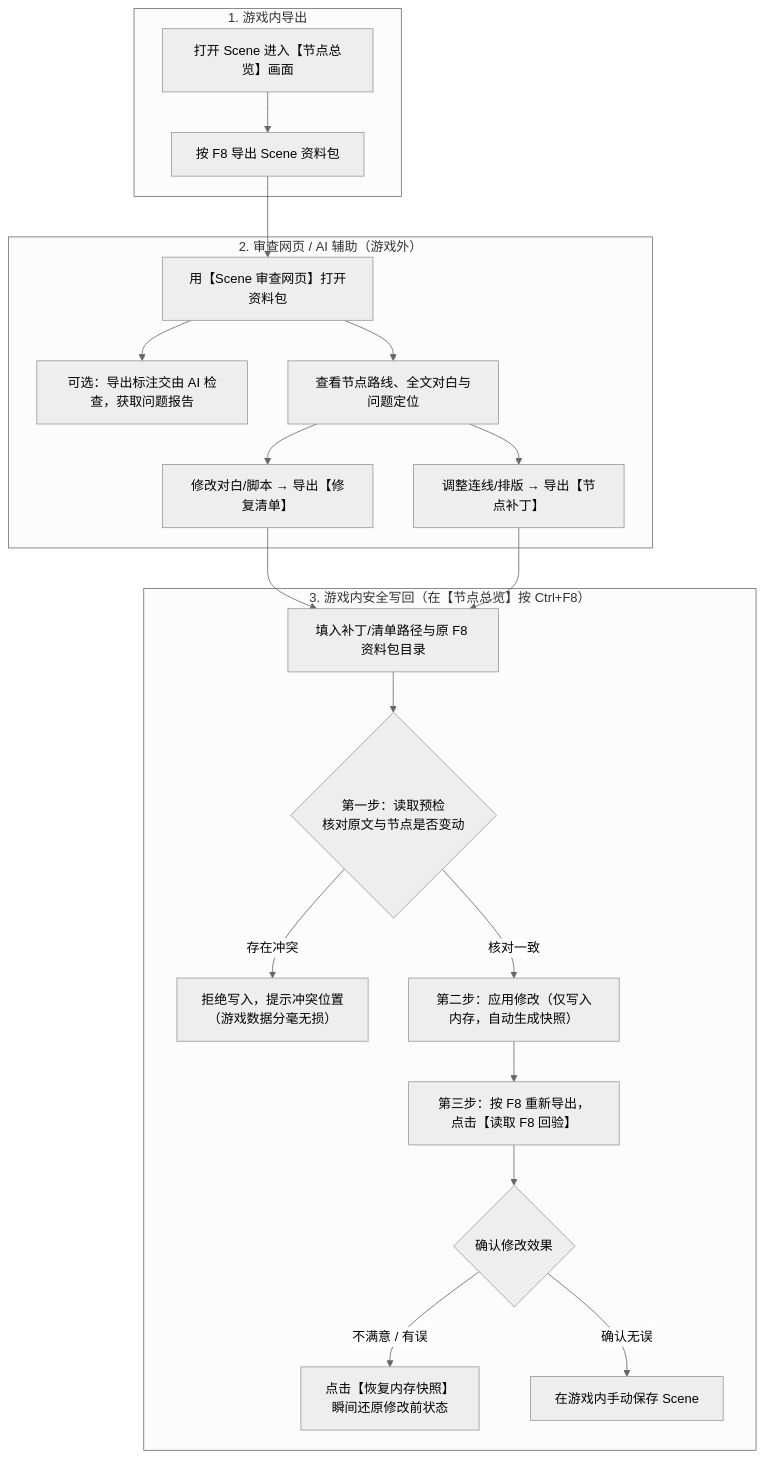
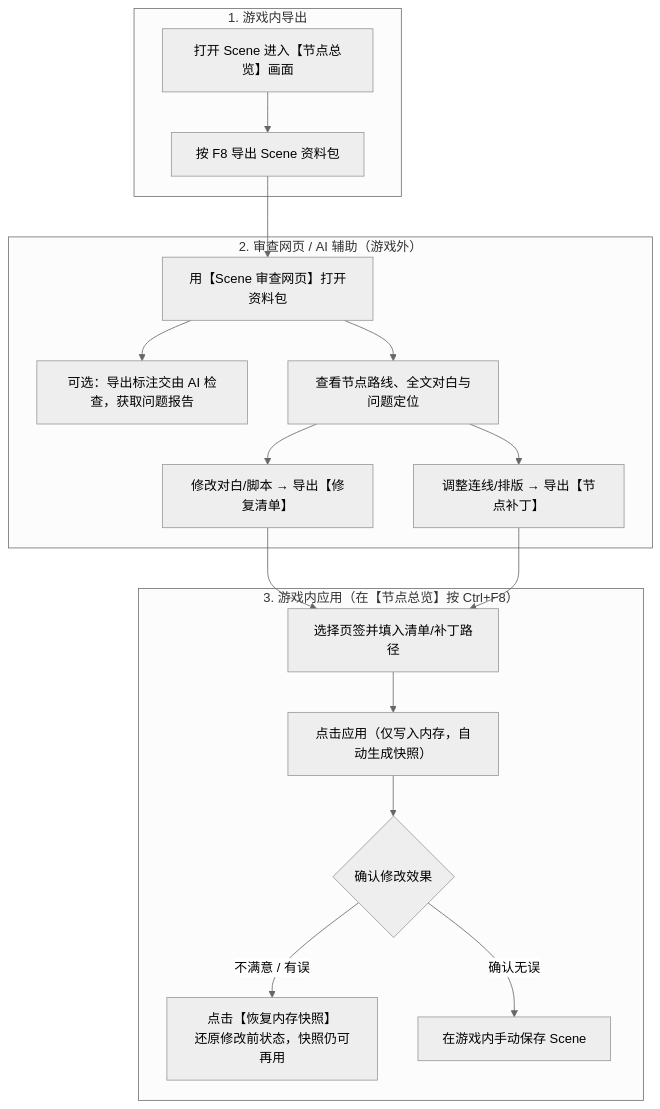
One commit to invatespec/EmotionCreators-plugins changed the diagram in EC_SceneAudit/Readme-gemini-4-argon.md. Above: the diagram before and after it, drawn with Mermaid (neutral theme). The commit also changed other lines of this file and 45 other files, not shown here.

````diff
--- a/EC_SceneAudit/Readme-gemini-4-argon.md
+++ b/EC_SceneAudit/Readme-gemini-4-argon.md
@@ -13,25 +13,22 @@
 ```mermaid
 flowchart TD
     subgraph Game1 ["1. 游戏内导出"]
         A["打开 Scene 进入【节点总览】画面"] --> B["按 F8 导出 Scene 资料包"]
     end
 
     subgraph Web ["2. 审查网页 / AI 辅助（游戏外）"]
         B --> C["用【Scene 审查网页】打开资料包"]
         C --> D1["可选：导出标注交由 AI 检查，获取问题报告"]
         C --> D2["查看节点路线、全文对白与问题定位"]
         D2 --> E1["修改对白/脚本 → 导出【修复清单】"]
         D2 --> E2["调整连线/排版 → 导出【节点补丁】"]
     end
 
-    subgraph Game2 ["3. 游戏内安全写回（在【节点总览】按 Ctrl+F8）"]
-        E1 & E2 --> F["填入补丁/清单路径与原 F8 资料包目录"]
-        F --> G{"第一步：读取预检<br/>核对原文与节点是否变动"}
-        G -- "存在冲突" --> H["拒绝写入，提示冲突位置<br/>（游戏数据分毫无损）"]
-        G -- "核对一致" --> I["第二步：应用修改（仅写入内存，自动生成快照）"]
-        I --> J["第三步：按 F8 重新导出，点击【读取 F8 回验】"]
-        J --> K{"确认修改效果"}
-        K -- "不满意 / 有误" --> L["点击【恢复内存快照】<br/>瞬间还原修改前状态"]
-        K -- "确认无误" --> M["在游戏内手动保存 Scene"]
+    subgraph Game2 ["3. 游戏内应用（在【节点总览】按 Ctrl+F8）"]
+        E1 & E2 --> F["选择页签并填入清单/补丁路径"]
+        F --> G["点击应用（仅写入内存，自动生成快照）"]
+        G --> H{"确认修改效果"}
+        H -- "不满意 / 有误" --> I["点击【恢复内存快照】<br/>还原修改前状态，快照仍可再用"]
+        H -- "确认无误" --> J["在游戏内手动保存 Scene"]
     end
 ```
````
